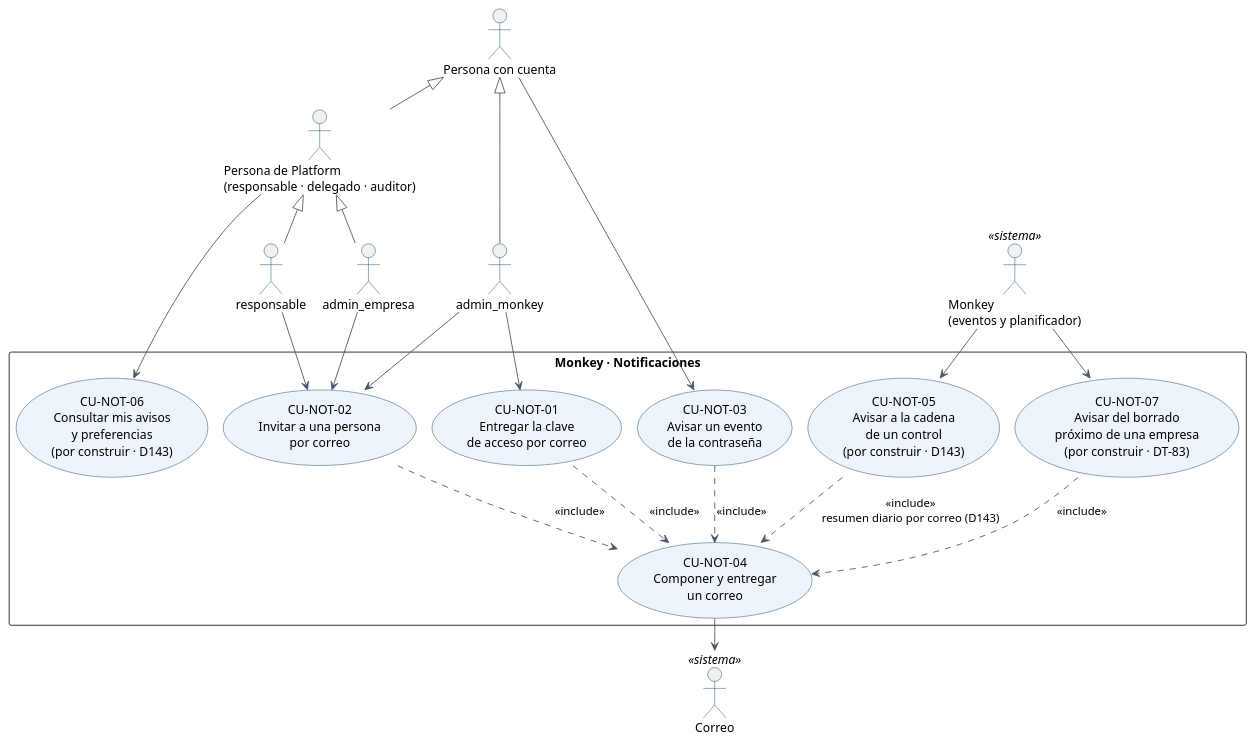
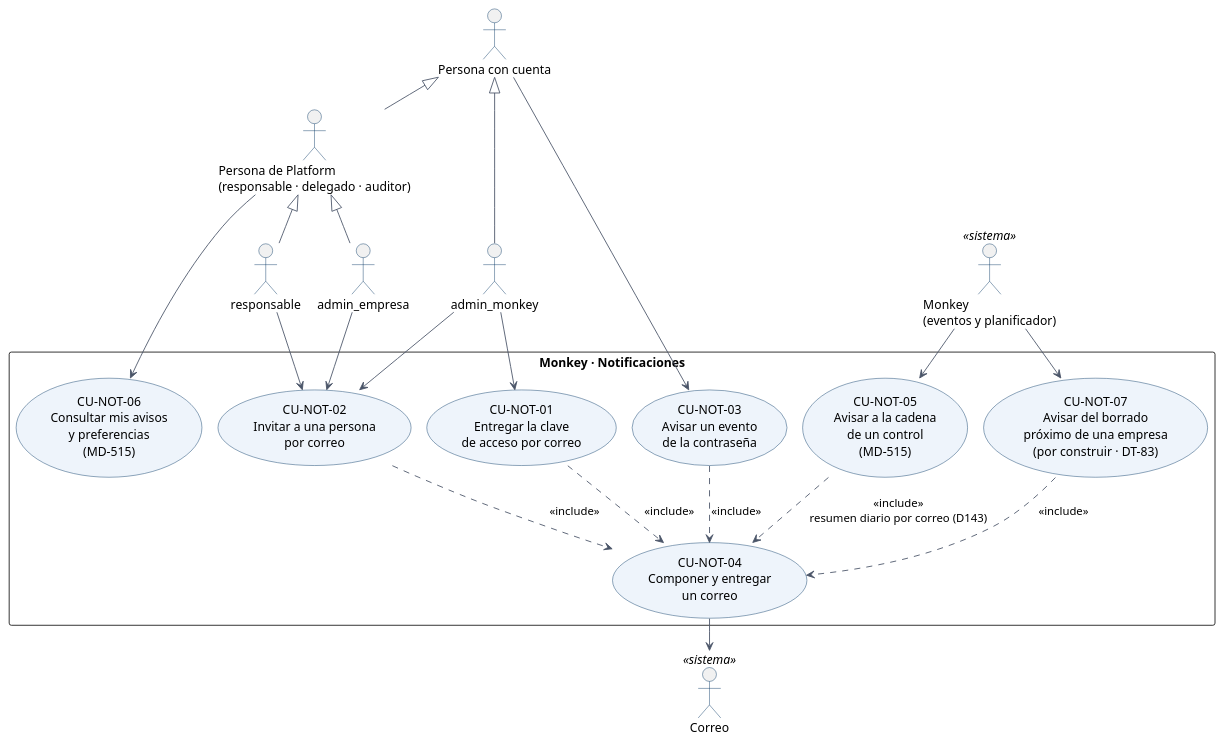
Before and after one commit to Monkey-GRC/Monkey-Brain-IA: the diagram in skills/product/monkey-compliance-council/references/arquitectura/notificaciones/05-casos-de-uso.puml, drawn with PlantUML. The commit also changed 82 other files, not shown here.

```diff
--- a/skills/product/monkey-compliance-council/references/arquitectura/notificaciones/05-casos-de-uso.puml
+++ b/skills/product/monkey-compliance-council/references/arquitectura/notificaciones/05-casos-de-uso.puml
@@ -1,57 +1,57 @@
 @startuml
 ' Diagrama UML de casos de uso de Notificaciones. Fuente: 05-casos-de-uso.md (cada óvalo es un CU-NOT-nn).
 ' Se genera con skills/process/monkey-docs/scripts/render-uml.sh → 05-casos-de-uso.svg. No editar el SVG a mano.
-' Los casos marcados «por construir» están decididos (D138, D143) o dependen de DT-83.
+' CU-NOT-05 y CU-NOT-06 están construidos (MD-515); el marcado «por construir» depende de DT-83.
 !pragma layout smetana
 top to bottom direction
 skinparam shadowing false
 skinparam defaultFontName Helvetica
 skinparam packageStyle rectangle
 skinparam ArrowColor #4A5568
 skinparam usecase {
   BackgroundColor #EEF4FB
   BorderColor #013362
 }
 skinparam actor {
   BorderColor #013362
 }
 
 actor "Persona con cuenta" as ConCuenta
 actor "Persona de Platform\n(responsable · delegado · auditor)" as Persona
 actor "responsable" as Responsable
 actor "admin_empresa" as AdminEmpresa
 actor "admin_monkey" as AdminMonkey
 actor "Monkey\n(eventos y planificador)" as Reloj <<sistema>>
 actor "Correo" as Correo <<sistema>>
 
 Persona -up-|> ConCuenta
 Responsable -up-|> Persona
 AdminEmpresa -up-|> Persona
 AdminMonkey -up-|> ConCuenta
 
 rectangle "Monkey · Notificaciones" {
   usecase "CU-NOT-01\nEntregar la clave\nde acceso por correo" as CU1
   usecase "CU-NOT-02\nInvitar a una persona\npor correo" as CU2
   usecase "CU-NOT-03\nAvisar un evento\nde la contraseña" as CU3
   usecase "CU-NOT-04\nComponer y entregar\nun correo" as CU4
-  usecase "CU-NOT-05\nAvisar a la cadena\nde un control\n(por construir · D143)" as CU5
-  usecase "CU-NOT-06\nConsultar mis avisos\ny preferencias\n(por construir · D143)" as CU6
+  usecase "CU-NOT-05\nAvisar a la cadena\nde un control\n(MD-515)" as CU5
+  usecase "CU-NOT-06\nConsultar mis avisos\ny preferencias\n(MD-515)" as CU6
   usecase "CU-NOT-07\nAvisar del borrado\npróximo de una empresa\n(por construir · DT-83)" as CU7
 }
 
 AdminMonkey --> CU1
 AdminMonkey --> CU2
 Responsable --> CU2
 AdminEmpresa --> CU2
 ConCuenta --> CU3
 Persona --> CU6
 Reloj --> CU5
 Reloj --> CU7
 CU4 --> Correo
 
 CU1 ..> CU4 : <<include>>
 CU2 ..> CU4 : <<include>>
 CU3 ..> CU4 : <<include>>
 CU7 ..> CU4 : <<include>>
 CU5 ..> CU4 : <<include>>\nresumen diario por correo (D143)
 @enduml
```
